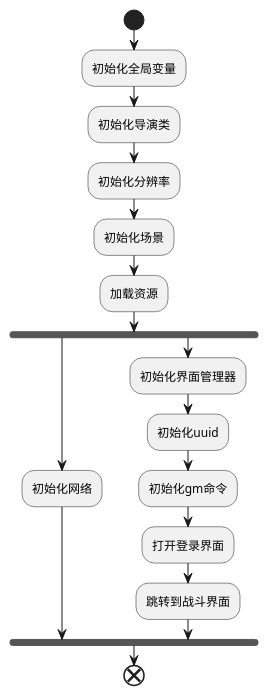
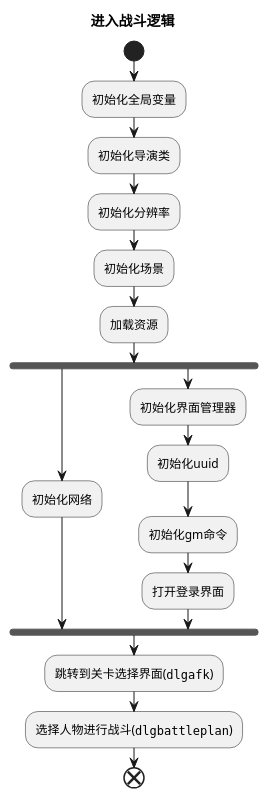
Before and after one commit to kirakuiin/myproject: the second of 3 diagrams in src/org/ref/m8.org, drawn with PlantUML. The commit also changed other lines of this file and 5 other files, not shown here.

```diff
--- a/src/org/ref/m8.org
+++ b/src/org/ref/m8.org
@@ -25,20 +31,22 @@
 #+BEGIN_SRC plantuml
   @startuml
+  title 进入战斗逻辑
   start
   :初始化全局变量;
   :初始化导演类;
   :初始化分辨率;
   :初始化场景;
   :加载资源;
   fork
       :初始化网络;
   fork again
       :初始化界面管理器;
       :初始化uuid;
       :初始化gm命令;
       :打开登录界面;
-      :跳转到战斗界面;
   end fork
+  :跳转到关卡选择界面(""dlgafk"");
+  :选择人物进行战斗(""dlgbattleplan"");
   end
   @enduml
 #+END_SRC
```
